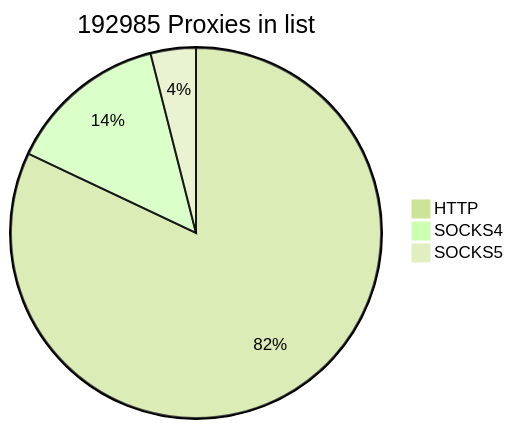
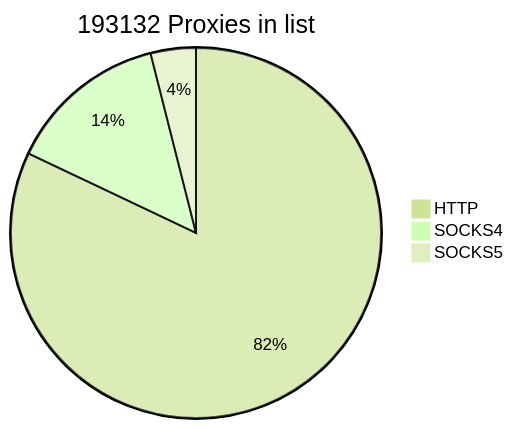
One commit to cutipu/proxylist changed the first of 2 diagrams in README.md. Above: the diagram before and after it, drawn with Mermaid (forest theme). The commit also changed other lines of this file, not shown here.

````diff
--- a/README.md
+++ b/README.md
@@ -2,7 +2,7 @@
 ```mermaid
-pie title 192985 Proxies in list
-    "HTTP" : 158323
-    "SOCKS4" : 27043
-    "SOCKS5" : 7619
+pie title 193132 Proxies in list
+    "HTTP" : 158473
+    "SOCKS4" : 27041
+    "SOCKS5" : 7618
             
 ```
````
